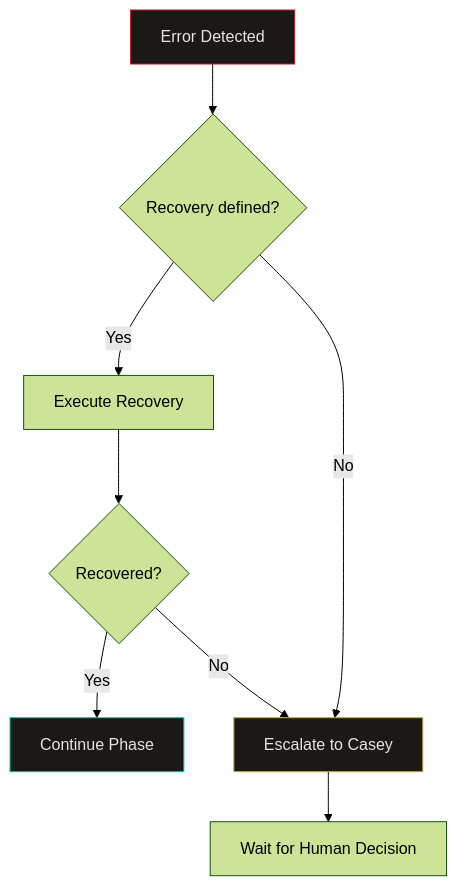
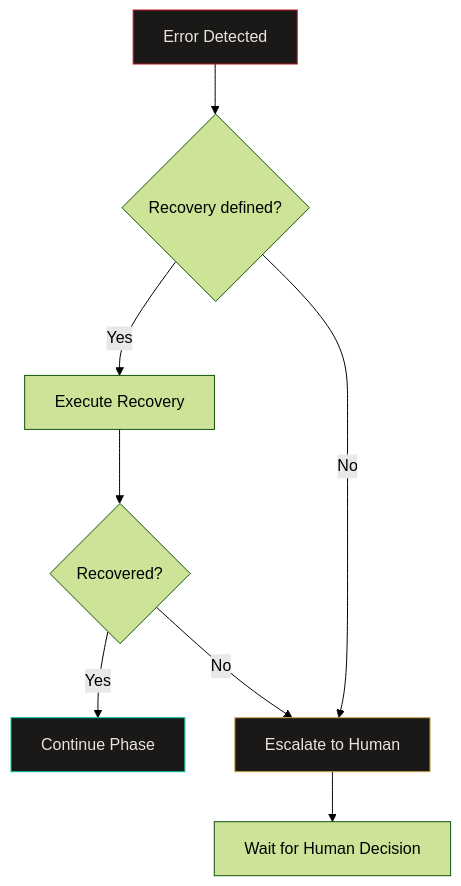
One commit to CyberdaemonAI/cyberdaemon-site changed the third of 3 diagrams in src/content/build-logs/isa-patterns.mdx. Above: the diagram before and after it, drawn with Mermaid (forest theme). The commit also changed other lines of this file and 3 other files, not shown here.

````diff
--- a/src/content/build-logs/isa-patterns.mdx
+++ b/src/content/build-logs/isa-patterns.mdx
@@ -372,14 +360,14 @@
 ```mermaid
 flowchart TD
     E[Error Detected] --> C{Recovery defined?}
     C -->|Yes| R[Execute Recovery]
     R --> V{Recovered?}
     V -->|Yes| Continue[Continue Phase]
-    V -->|No| Esc[Escalate to Casey]
+    V -->|No| Esc[Escalate to Human]
     C -->|No| Esc
     Esc --> Wait[Wait for Human Decision]
 
     style E fill:#1a1917,stroke:#c1121f,color:#e8e5de
     style Esc fill:#1a1917,stroke:#c9a84c,color:#e8e5de
     style Continue fill:#1a1917,stroke:#00c8a0,color:#e8e5de
 ```
````
